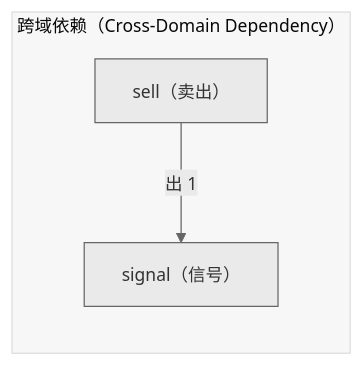
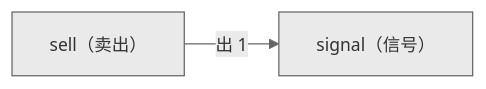
The second of 2 diagrams in docs/02_enterprise_architecture/06_decision_architecture/10_decision_l2a_sell.md (xuanFelixVan/ZephyrAlpha), drawn with Mermaid before and after one commit. The commit also changed other lines of this file and 23 other files, not shown here.

First line of the commit message:
fix(decision-diagram): 去掉 subgraph + 加 secondaryColor 修复节点白色

````diff
--- a/docs/02_enterprise_architecture/06_decision_architecture/10_decision_l2a_sell.md
+++ b/docs/02_enterprise_architecture/06_decision_architecture/10_decision_l2a_sell.md
@@ -158,9 +158,7 @@
 ```mermaid
-%%{init: {'theme': 'base', 'themeVariables': {'primaryColor': '#eaeaea', 'primaryTextColor': '#333333', 'primaryBorderColor': '#666666', 'lineColor': '#666666', 'fontSize': '14px'}}}%%
+%%{init: {'theme': 'base', 'themeVariables': {'primaryColor': '#eaeaea', 'primaryTextColor': '#333333', 'primaryBorderColor': '#666666', 'lineColor': '#666666', 'secondaryColor': '#eaeaea', 'tertiaryColor': '#eaeaea', 'fontSize': '14px'}}}%%
 flowchart LR
-    subgraph cd_sg["跨域依赖（Cross-Domain Dependency）"]
-        SELF["sell（卖出）"]
-        EXT_signal["signal（信号）"]
-        SELF -->|出 1| EXT_signal
-    end
+    SELF["sell（卖出）"]
+    EXT_signal["signal（信号）"]
+    SELF -->|出 1| EXT_signal
 ```
````
